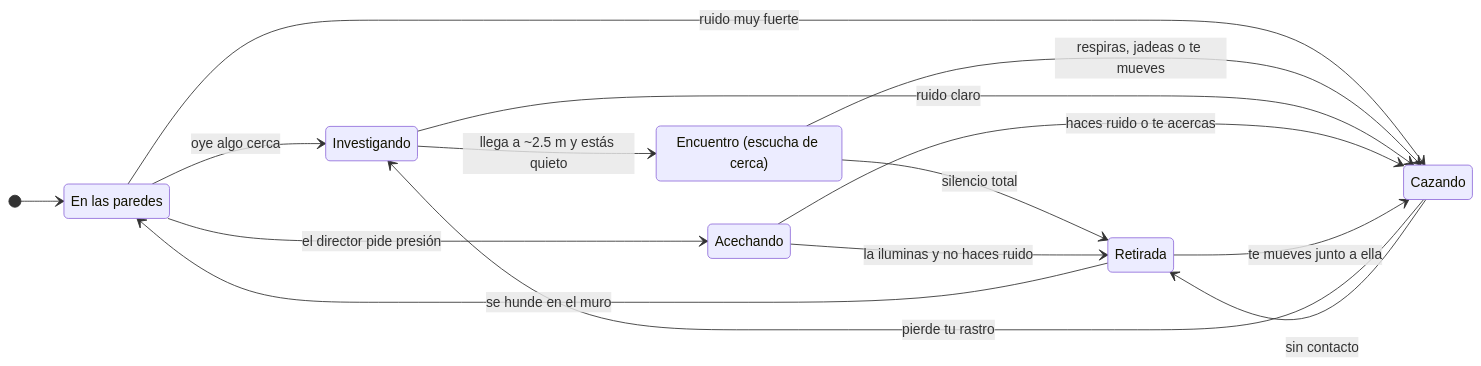
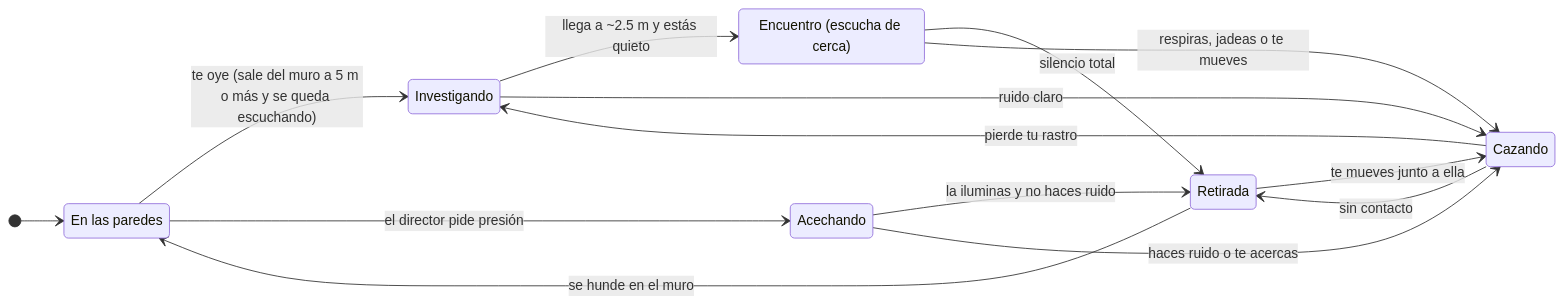
The first of 2 diagrams in README.md (Manu270422/las-paredes-oyen), drawn with Mermaid before and after one commit. The commit also changed other lines of this file and 4 other files, not shown here.

````diff
--- a/README.md
+++ b/README.md
@@ -170,25 +171,24 @@
 ```mermaid
 stateDiagram-v2
     direction LR
     state "En las paredes" as Paredes
     state "Investigando" as Investigando
     state "Encuentro (escucha de cerca)" as Encuentro
     state "Acechando" as Acechando
     state "Cazando" as Cazando
     state "Retirada" as Retirada
 
     [*] --> Paredes
-    Paredes --> Investigando: oye algo cerca
+    Paredes --> Investigando: te oye (sale del muro a 5 m o más y se queda escuchando)
     Paredes --> Acechando: el director pide presión
-    Paredes --> Cazando: ruido muy fuerte
     Investigando --> Encuentro: llega a ~2.5 m y estás quieto
     Encuentro --> Retirada: silencio total
     Encuentro --> Cazando: respiras, jadeas o te mueves
     Investigando --> Cazando: ruido claro
     Acechando --> Retirada: la iluminas y no haces ruido
     Acechando --> Cazando: haces ruido o te acercas
     Cazando --> Investigando: pierde tu rastro
     Cazando --> Retirada: sin contacto
     Retirada --> Paredes: se hunde en el muro
     Retirada --> Cazando: te mueves junto a ella
 ```
````
